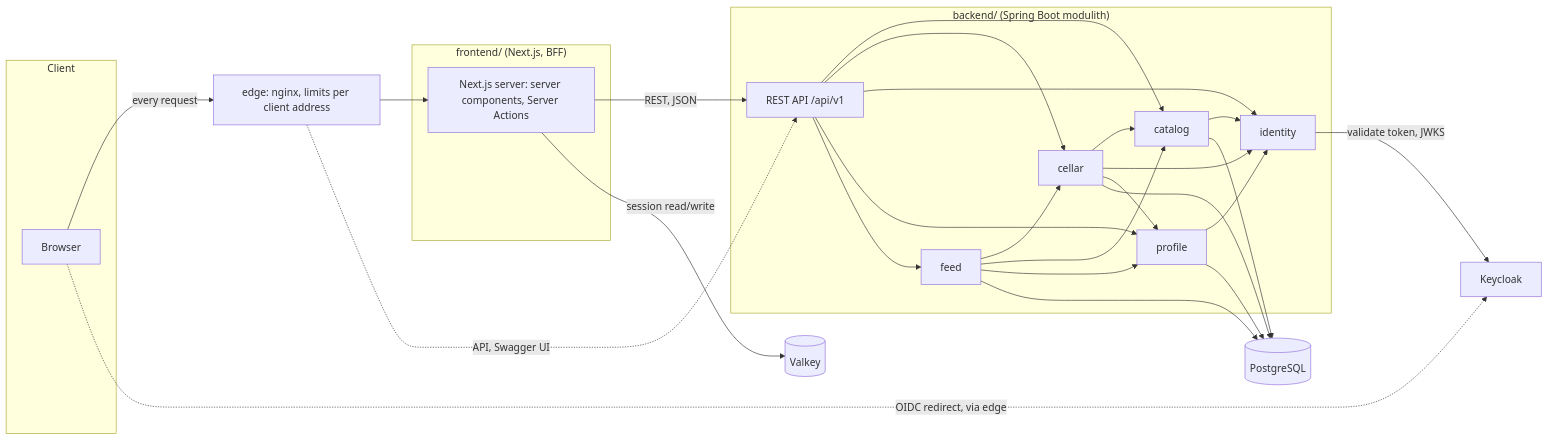
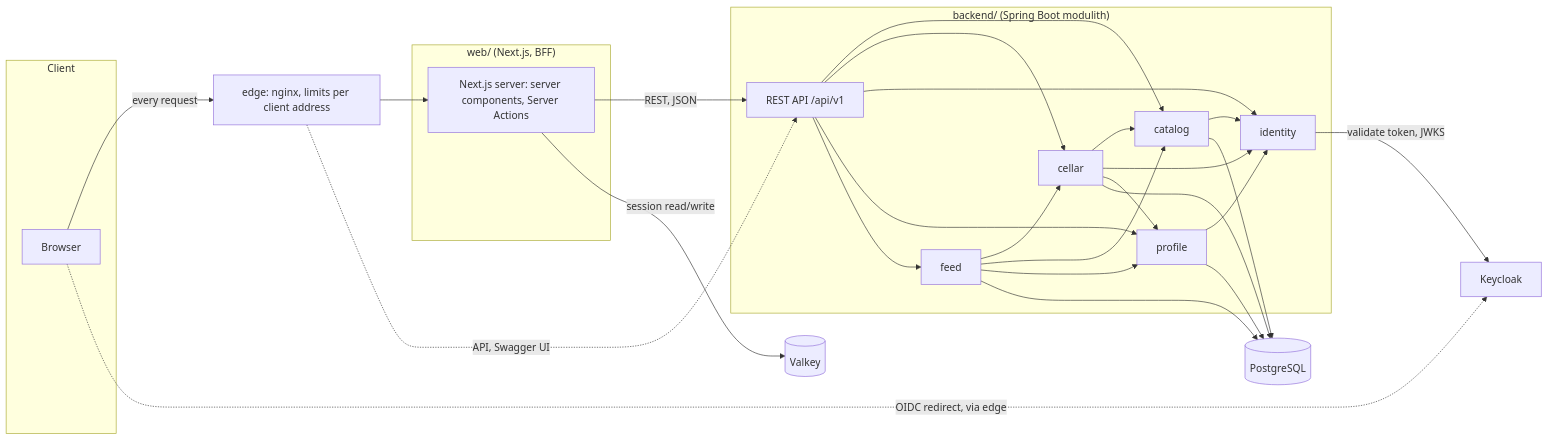
One commit to MiguelSombrero/kalia changed the diagram in docs/architecture.md. Above: the diagram before and after it, drawn with Mermaid. The commit also changed other lines of this file and 28 other files, not shown here.

````diff
--- a/docs/architecture.md
+++ b/docs/architecture.md
@@ -66,30 +66,30 @@
 ```mermaid
 flowchart LR
     subgraph Client
         Browser
     end
-    subgraph Frontend["frontend/ (Next.js, BFF)"]
+    subgraph Web["web/ (Next.js, BFF)"]
         NX[Next.js server: server components, Server Actions]
     end
     subgraph Backend["backend/ (Spring Boot modulith)"]
         API[REST API /api/v1]
         CAT[catalog]
         CEL[cellar]
         IDN[identity]
         PROF[profile]
         FED[feed]
     end
     Browser -->|every request| EDGE[edge: nginx, limits per client address]
     EDGE --> NX
     EDGE -.->|API, Swagger UI| API
     NX -->|REST, JSON| API
     API --> CAT & CEL & IDN & PROF & FED
     CAT --> IDN
     CEL --> CAT & IDN & PROF
     PROF --> IDN
     FED --> CEL & CAT & PROF
     CAT & CEL & PROF & FED --> PG[(PostgreSQL)]
     Browser -.->|OIDC redirect, via edge| KC[Keycloak]
     NX -->|session read/write| VK[(Valkey)]
     IDN -->|validate token, JWKS| KC
 ```
````
